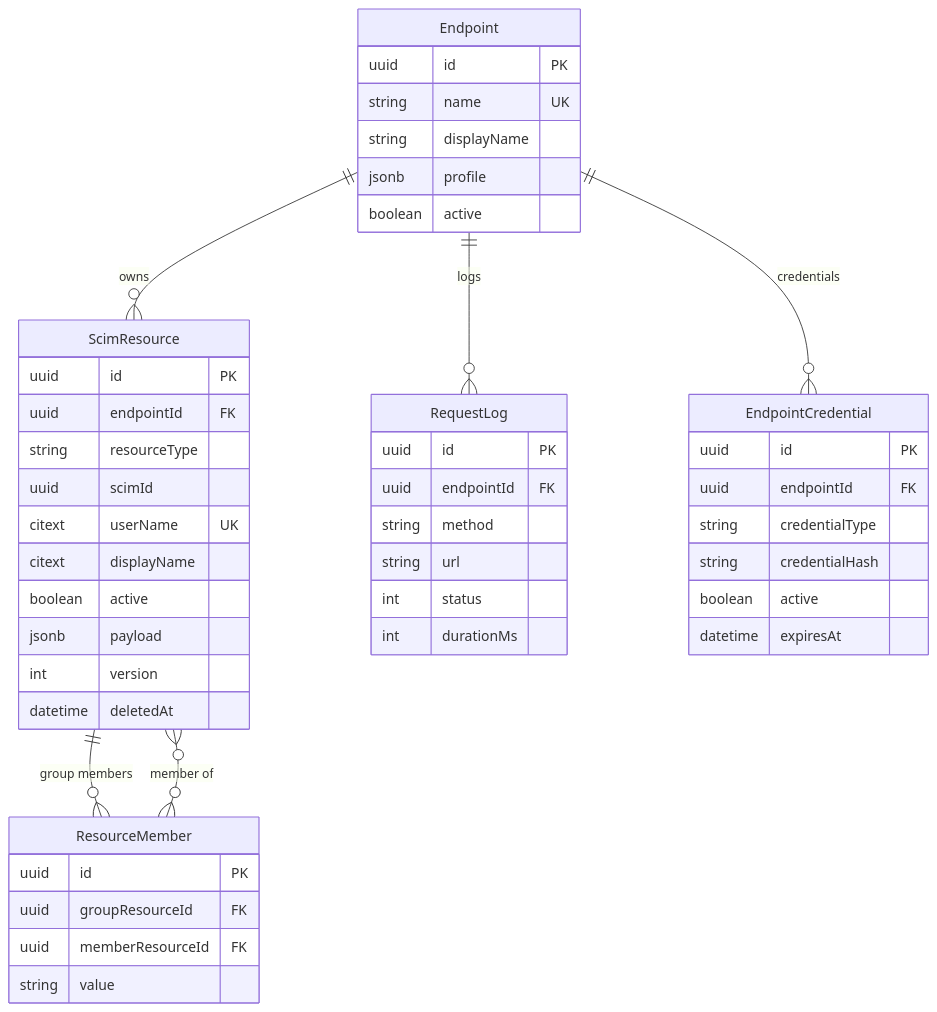
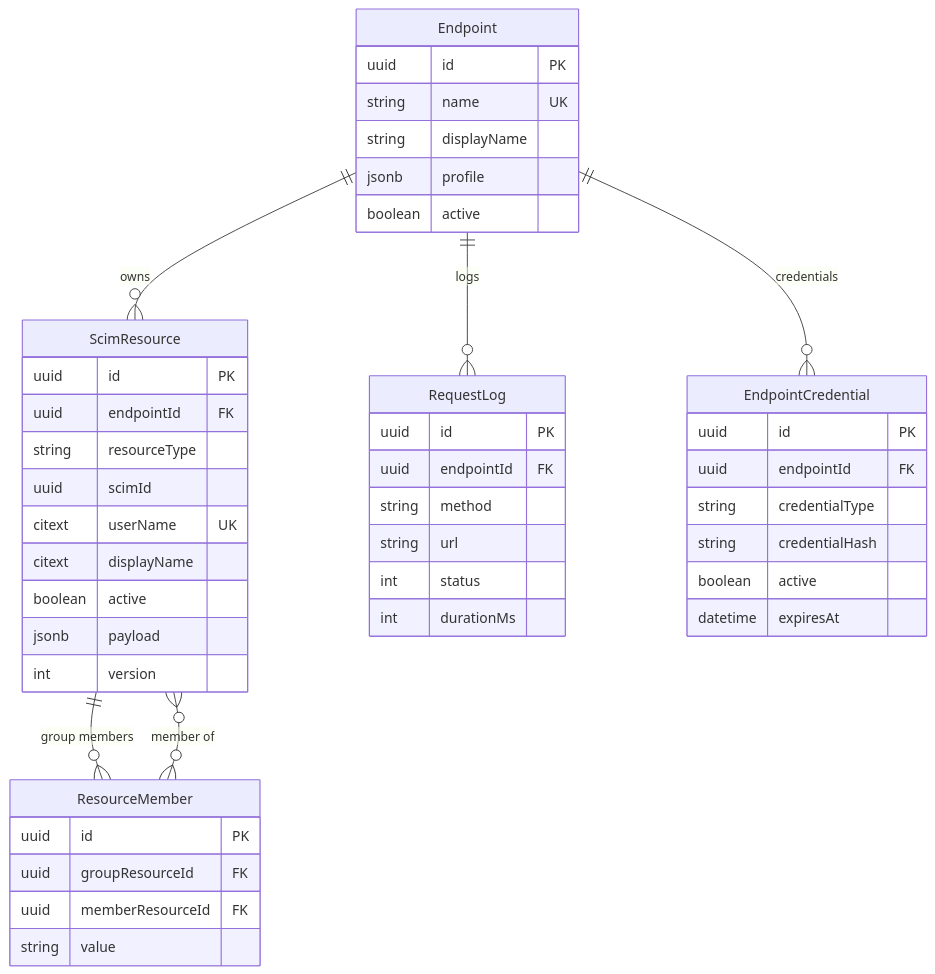
One commit to pranems/SCIMServer changed the first of 3 diagrams in README.md. Above: the diagram before and after it, drawn with Mermaid. The commit also changed other lines of this file and 82 other files, not shown here.

````diff
--- a/README.md
+++ b/README.md
@@ -163,50 +163,49 @@
 ```mermaid
 erDiagram
     Endpoint ||--o{ ScimResource : "owns"
     Endpoint ||--o{ RequestLog : "logs"
     Endpoint ||--o{ EndpointCredential : "credentials"
     ScimResource ||--o{ ResourceMember : "group members"
     ScimResource }o--o{ ResourceMember : "member of"
 
     Endpoint {
         uuid id PK
         string name UK
         string displayName
         jsonb profile
         boolean active
     }
     ScimResource {
         uuid id PK
         uuid endpointId FK
         string resourceType
         uuid scimId
         citext userName UK
         citext displayName
         boolean active
         jsonb payload
         int version
-        datetime deletedAt
     }
     ResourceMember {
         uuid id PK
         uuid groupResourceId FK
         uuid memberResourceId FK
         string value
     }
     EndpointCredential {
         uuid id PK
         uuid endpointId FK
         string credentialType
         string credentialHash
         boolean active
         datetime expiresAt
     }
     RequestLog {
         uuid id PK
         uuid endpointId FK
         string method
         string url
         int status
         int durationMs
     }
 ```
````
